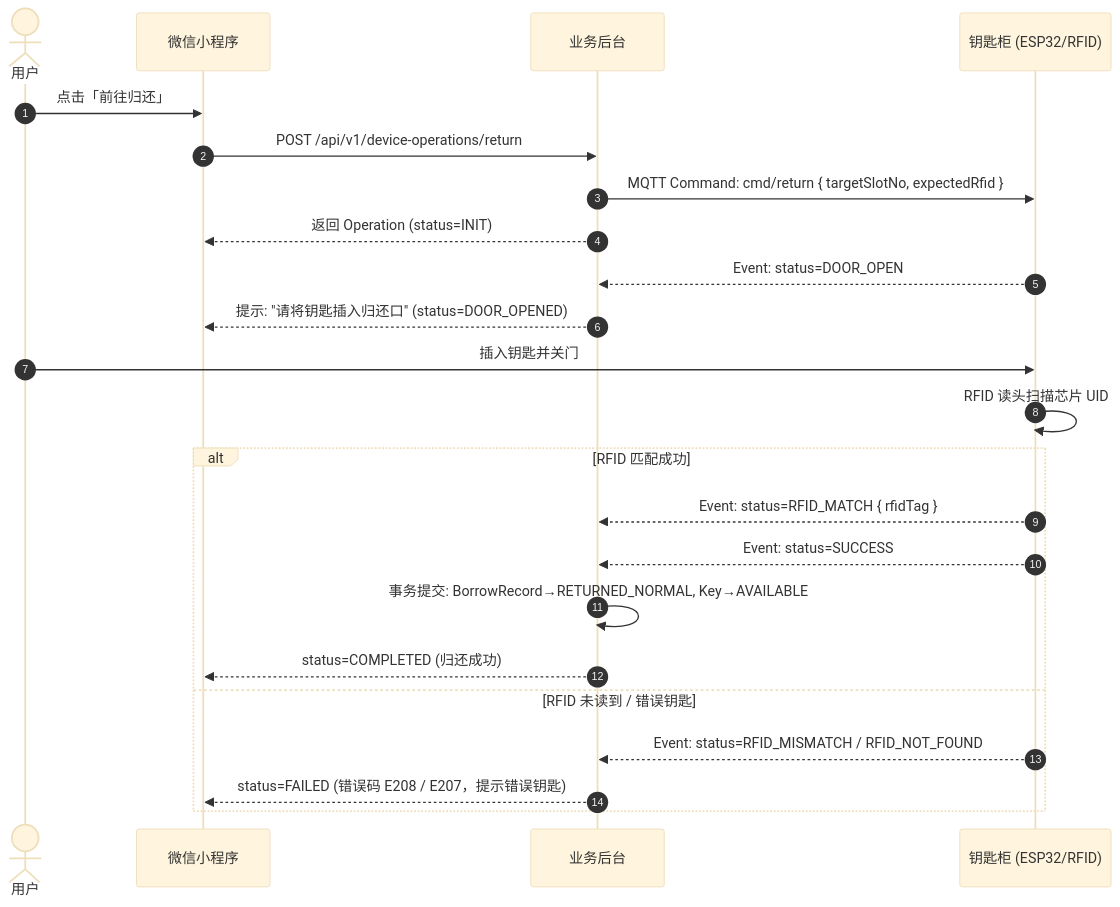
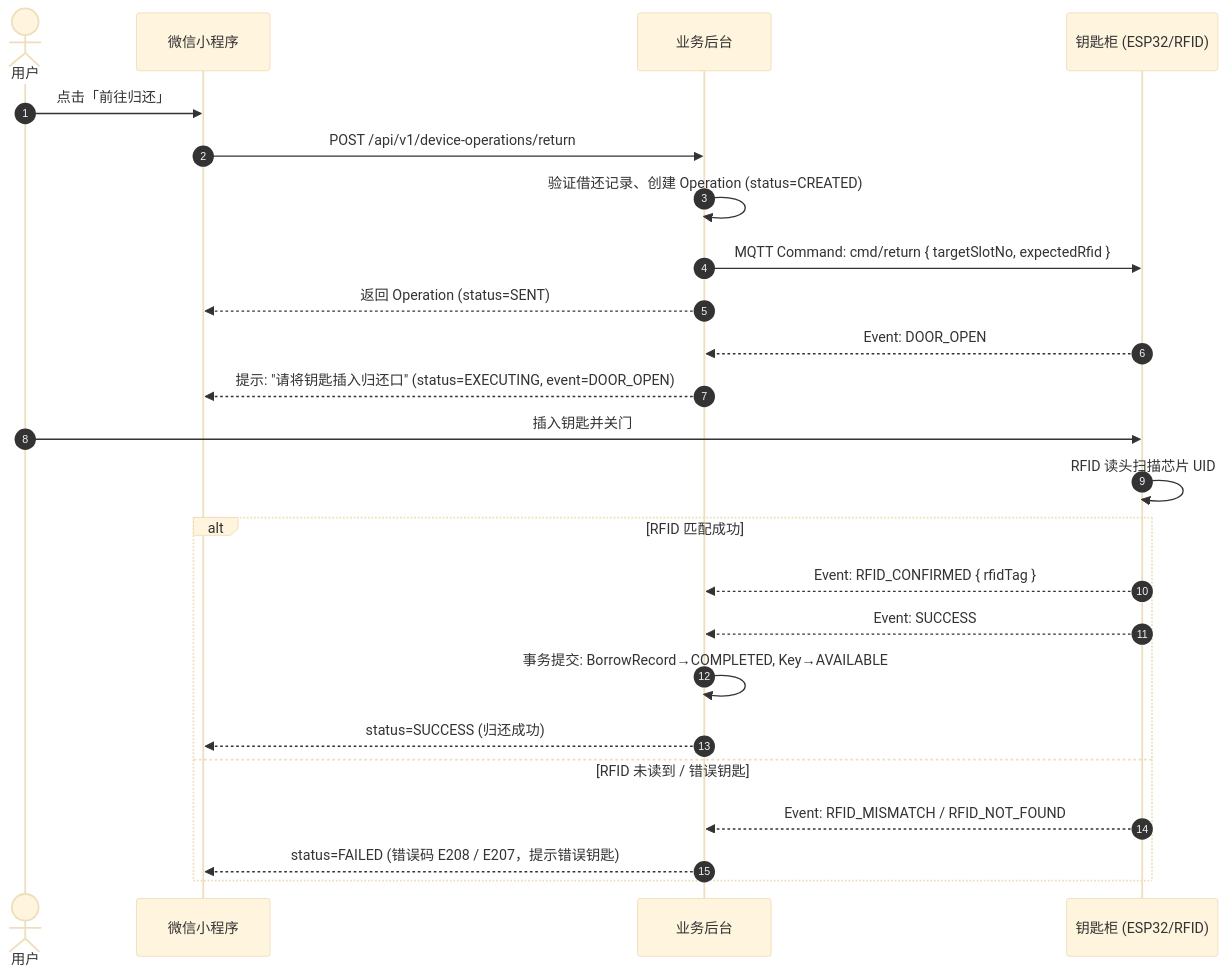
The fifth of 5 diagrams in docs/03-STATE-MACHINE.md (zhouwu97/key-cabinet), drawn with Mermaid (base theme) before and after one commit. The commit also changed other lines of this file and 5 other files, not shown here.

````diff
--- a/docs/03-STATE-MACHINE.md
+++ b/docs/03-STATE-MACHINE.md
@@ -177,28 +239,29 @@
 ```mermaid
 sequenceDiagram
     autonumber
     actor User as 用户
     participant App as 微信小程序
     participant Cloud as 业务后台
     participant Device as 钥匙柜 (ESP32/RFID)
 
     User->>App: 点击「前往归还」
     App->>Cloud: POST /api/v1/device-operations/return
+    Cloud->>Cloud: 验证借还记录、创建 Operation (status=CREATED)
     Cloud->>Device: MQTT Command: cmd/return { targetSlotNo, expectedRfid }
-    Cloud-->>App: 返回 Operation (status=INIT)
+    Cloud-->>App: 返回 Operation (status=SENT)
     
-    Device-->>Cloud: Event: status=DOOR_OPEN
-    Cloud-->>App: 提示: "请将钥匙插入归还口" (status=DOOR_OPENED)
+    Device-->>Cloud: Event: DOOR_OPEN
+    Cloud-->>App: 提示: "请将钥匙插入归还口" (status=EXECUTING, event=DOOR_OPEN)
     
     User->>Device: 插入钥匙并关门
     Device->>Device: RFID 读头扫描芯片 UID
     alt RFID 匹配成功
-        Device-->>Cloud: Event: status=RFID_MATCH { rfidTag }
-        Device-->>Cloud: Event: status=SUCCESS
-        Cloud->>Cloud: 事务提交: BorrowRecord→RETURNED_NORMAL, Key→AVAILABLE
-        Cloud-->>App: status=COMPLETED (归还成功)
+        Device-->>Cloud: Event: RFID_CONFIRMED { rfidTag }
+        Device-->>Cloud: Event: SUCCESS
+        Cloud->>Cloud: 事务提交: BorrowRecord→COMPLETED, Key→AVAILABLE
+        Cloud-->>App: status=SUCCESS (归还成功)
     else RFID 未读到 / 错误钥匙
-        Device-->>Cloud: Event: status=RFID_MISMATCH / RFID_NOT_FOUND
+        Device-->>Cloud: Event: RFID_MISMATCH / RFID_NOT_FOUND
         Cloud-->>App: status=FAILED (错误码 E208 / E207，提示错误钥匙)
     end
 ```
````
